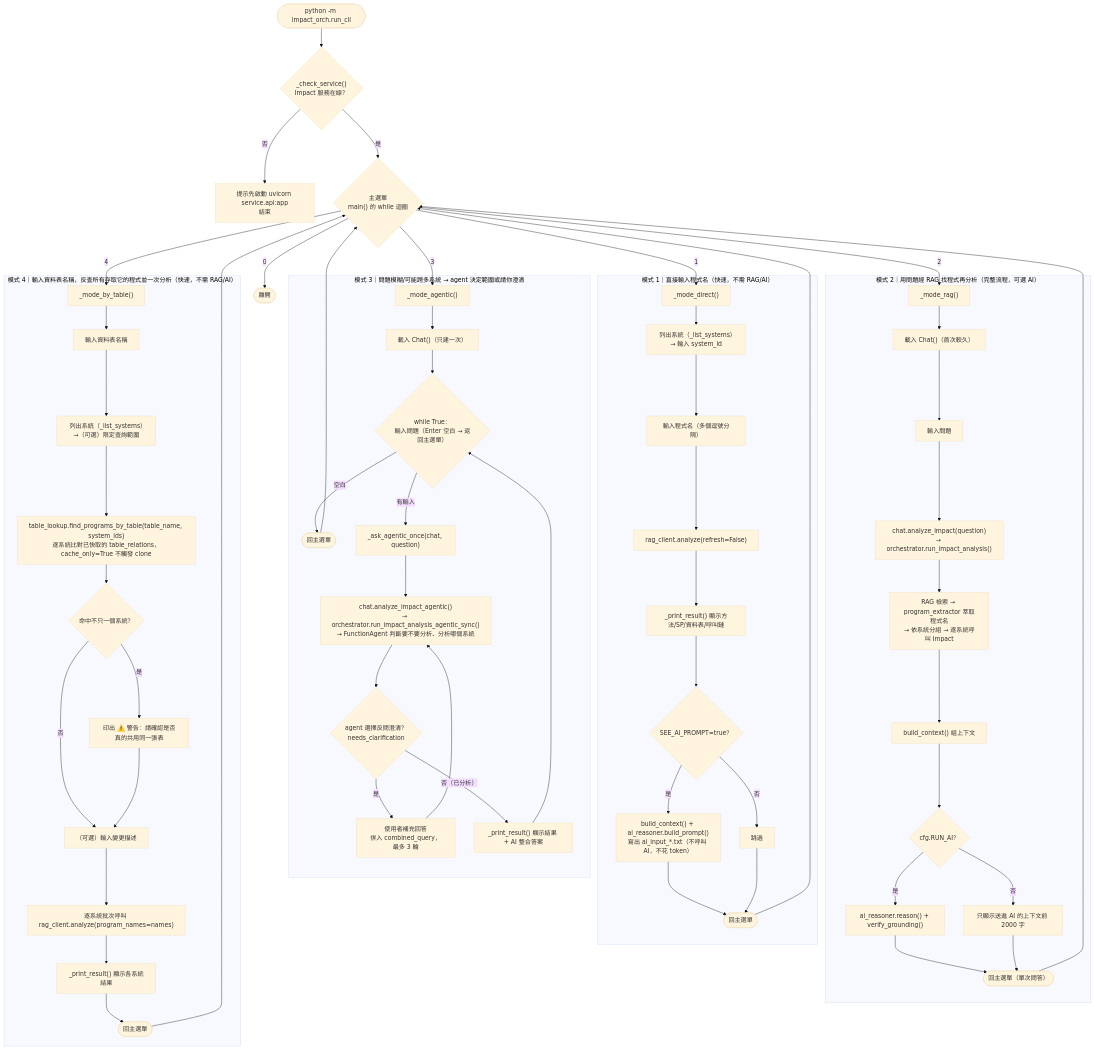
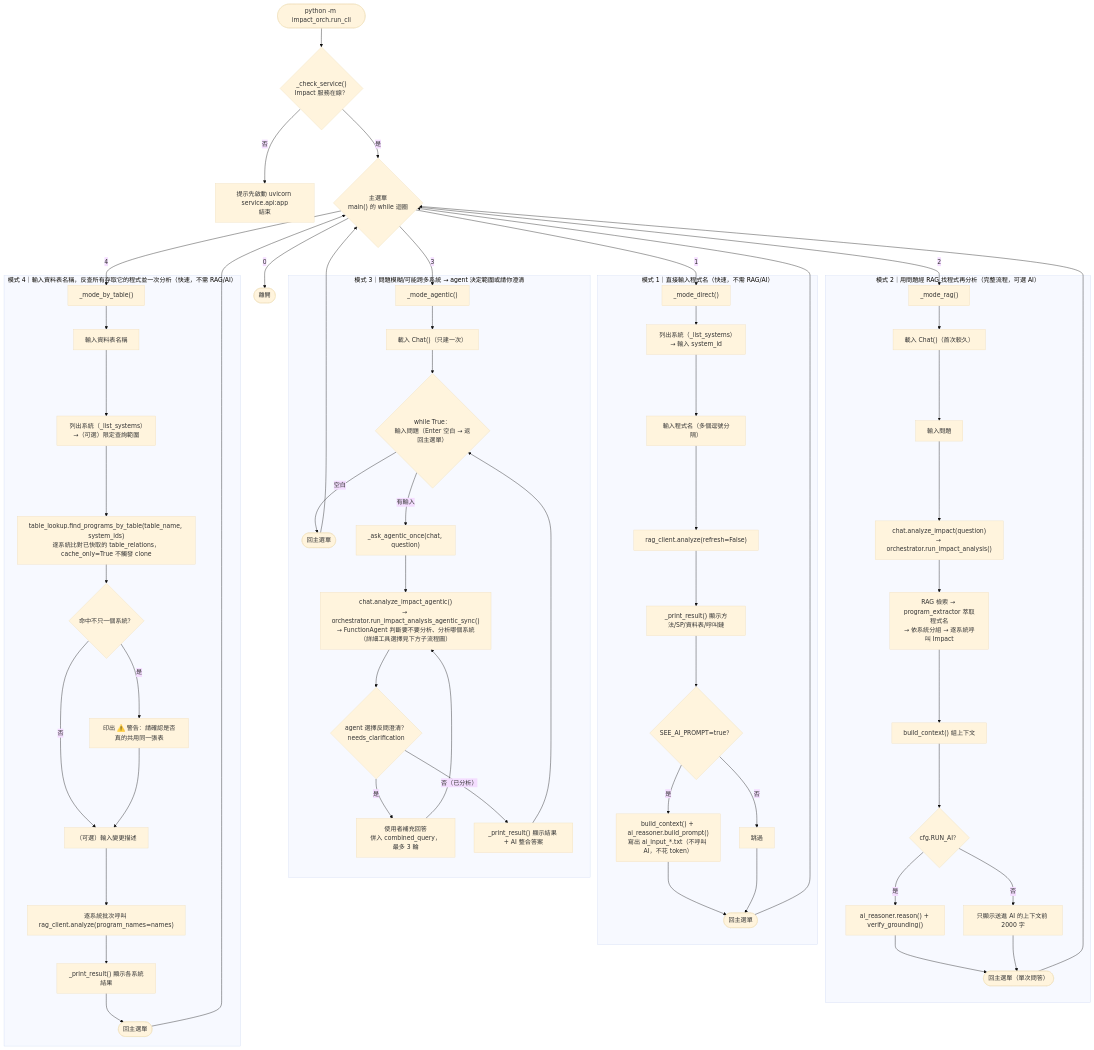
The second of 9 diagrams in docs/流程圖.md (vy088772/Impact_analysis_system), drawn with Mermaid (base theme) before and after one commit. The commit also changed other lines of this file and 9 other files, not shown here.

````diff
--- a/docs/流程圖.md
+++ b/docs/流程圖.md
@@ -89,68 +97,68 @@
 ```mermaid
 flowchart TD
     Start(["python -m impact_orch.run_cli"]) --> Health{"_check_service()<br/>Impact 服務在線？"}
     Health -- 否 --> HealthFail["提示先啟動 uvicorn service.api:app<br/>結束"]
     Health -- 是 --> Menu{"主選單<br/>main() 的 while 迴圈"}
 
     Menu -- "1" --> M1["_mode_direct()"]
     Menu -- "2" --> M2["_mode_rag()"]
     Menu -- "3" --> M3["_mode_agentic()"]
     Menu -- "4" --> M4["_mode_by_table()"]
     Menu -- "0" --> Exit(["離開"])
 
     subgraph 模式1["模式 1｜直接輸入程式名（快速，不需 RAG/AI）"]
         M1 --> M1a["列出系統（_list_systems）→ 輸入 system_id"]
         M1a --> M1b["輸入程式名（多個逗號分隔）"]
         M1b --> M1c["rag_client.analyze(refresh=False)"]
         M1c --> M1d["_print_result() 顯示方法/SP/資料表/呼叫鏈"]
         M1d --> M1e{"SEE_AI_PROMPT=true？"}
         M1e -- 是 --> M1f["build_context() + ai_reasoner.build_prompt()<br/>寫出 ai_input_*.txt（不呼叫 AI，不花 token）"]
         M1e -- 否 --> M1g["跳過"]
         M1f --> BackMenu1(["回主選單"])
         M1g --> BackMenu1
     end
 
     subgraph 模式2["模式 2｜用問題經 RAG 找程式再分析（完整流程，可選 AI）"]
         M2 --> M2a["載入 Chat()（首次較久）"]
         M2a --> M2b["輸入問題"]
         M2b --> M2c["chat.analyze_impact(question)<br/>→ orchestrator.run_impact_analysis()"]
         M2c --> M2d["RAG 檢索 → program_extractor 萃取程式名<br/>→ 依系統分組 → 逐系統呼叫 Impact"]
         M2d --> M2e["build_context() 組上下文"]
         M2e --> M2f{"cfg.RUN_AI？"}
         M2f -- 是 --> M2g["ai_reasoner.reason() + verify_grounding()"]
         M2f -- 否 --> M2h["只顯示送進 AI 的上下文前 2000 字"]
         M2g --> BackMenu2(["回主選單（單次問答）"])
         M2h --> BackMenu2
     end
 
     subgraph 模式3["模式 3｜問題模糊/可能跨多系統 → agent 決定範圍或請你澄清"]
         M3 --> M3a["載入 Chat()（只建一次）"]
         M3a --> M3loop{"while True：<br/>輸入問題（Enter 空白 → 返回主選單）"}
         M3loop -- 空白 --> BackMenu3(["回主選單"])
         M3loop -- 有輸入 --> Ask["_ask_agentic_once(chat, question)"]
-        Ask --> Agent["chat.analyze_impact_agentic()<br/>→ orchestrator.run_impact_analysis_agentic_sync()<br/>→ FunctionAgent 判斷要不要分析、分析哪個系統"]
+        Ask --> Agent["chat.analyze_impact_agentic()<br/>→ orchestrator.run_impact_analysis_agentic_sync()<br/>→ FunctionAgent 判斷要不要分析、分析哪個系統<br/>（詳細工具選擇見下方子流程圖）"]
         Agent --> Clarify{"agent 選擇反問澄清？<br/>needs_clarification"}
         Clarify -- 是 --> Reply["使用者補充回答<br/>併入 combined_query，最多 3 輪"]
         Reply --> Agent
         Clarify -- 否（已分析）--> Show["_print_result() 顯示結果 + AI 整合答案"]
         Show --> M3loop
     end
 
     subgraph 模式4["模式 4｜輸入資料表名稱，反查所有存取它的程式並一次分析（快速，不需 RAG/AI）"]
         M4 --> M4a["輸入資料表名稱"]
         M4a --> M4b["列出系統（_list_systems）→（可選）限定查詢範圍"]
         M4b --> M4c["table_lookup.find_programs_by_table(table_name, system_ids)<br/>逐系統比對已快取的 table_relations，cache_only=True 不觸發 clone"]
         M4c --> M4d{"命中不只一個系統？"}
         M4d -- 是 --> M4e["印出 ⚠️ 警告：請確認是否真的共用同一張表"]
         M4d -- 否 --> M4f["（可選）輸入變更描述"]
         M4e --> M4f
         M4f --> M4g["逐系統批次呼叫 rag_client.analyze(program_names=names)"]
         M4g --> M4h["_print_result() 顯示各系統結果"]
         M4h --> BackMenu4(["回主選單"])
     end
 
     BackMenu1 --> Menu
     BackMenu2 --> Menu
     BackMenu3 --> Menu
     BackMenu4 --> Menu
 ```
````
